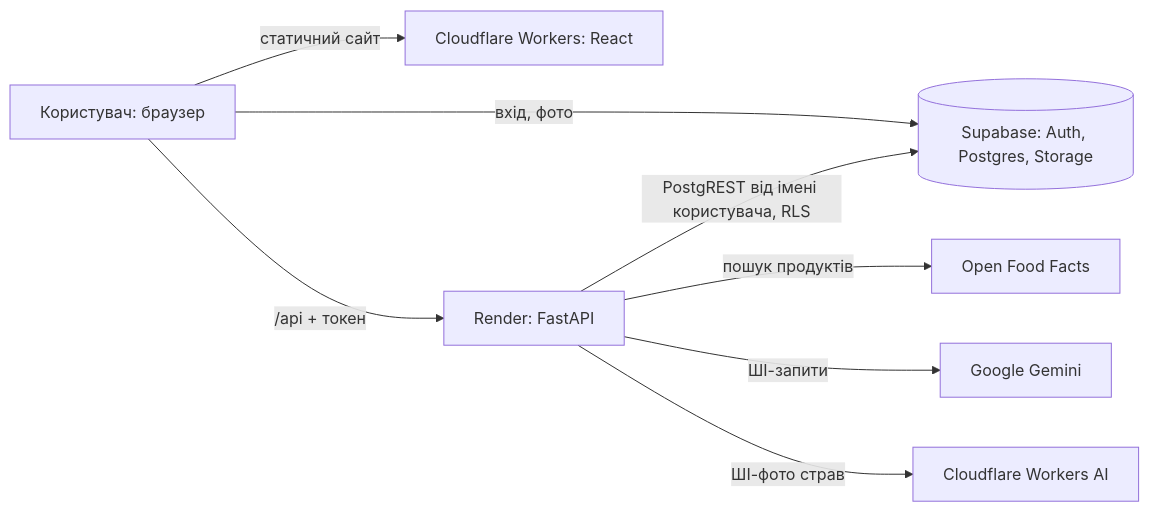
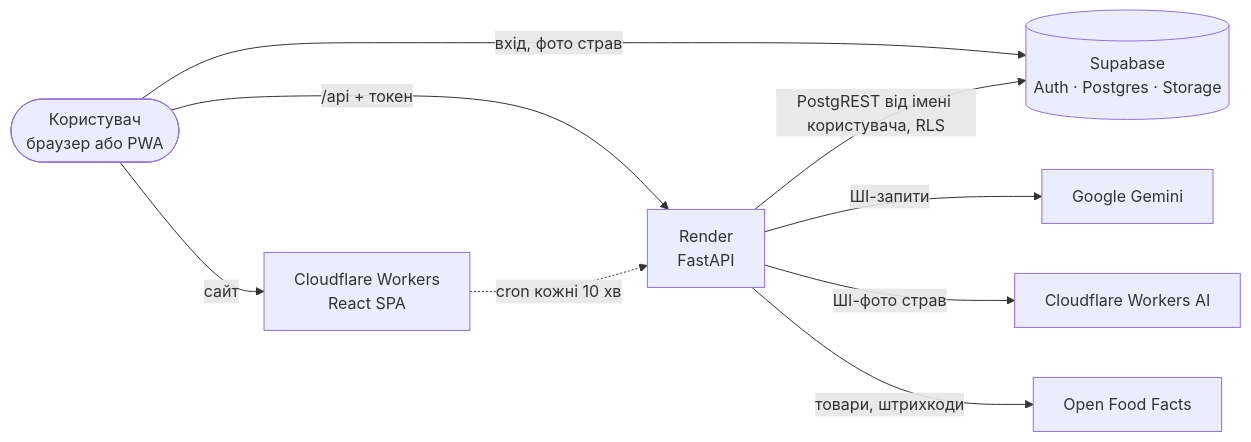
Before and after one commit to Zavada-Sofiia/Mealoria: the diagram in README.md, drawn with Mermaid. The commit also changed other lines of this file and 6 other files, not shown here.

Commit message:
README: a proper project page with icon, badges, screenshots, features, plans, stack, architecture, security, speed and setup

````diff
--- a/README.md
+++ b/README.md
@@ -62,10 +215,11 @@
 ```mermaid
 flowchart LR
-  U[Користувач: браузер] -->|статичний сайт| CF[Cloudflare Workers: React]
-  U -->|вхід, фото| SB[(Supabase: Auth, Postgres, Storage)]
-  U -->|/api + токен| API[Render: FastAPI]
+  U([Користувач<br/>браузер або PWA]) -->|сайт| CF[Cloudflare Workers<br/>React SPA]
+  U -->|вхід, фото страв| SB[(Supabase<br/>Auth · Postgres · Storage)]
+  U -->|/api + токен| API[Render<br/>FastAPI]
+  CF -. cron кожні 10 хв .-> API
   API -->|PostgREST від імені користувача, RLS| SB
-  API -->|пошук продуктів| OFF[Open Food Facts]
   API -->|ШІ-запити| G[Google Gemini]
   API -->|ШІ-фото страв| W[Cloudflare Workers AI]
+  API -->|товари, штрихкоди| OFF[Open Food Facts]
 ```
````
